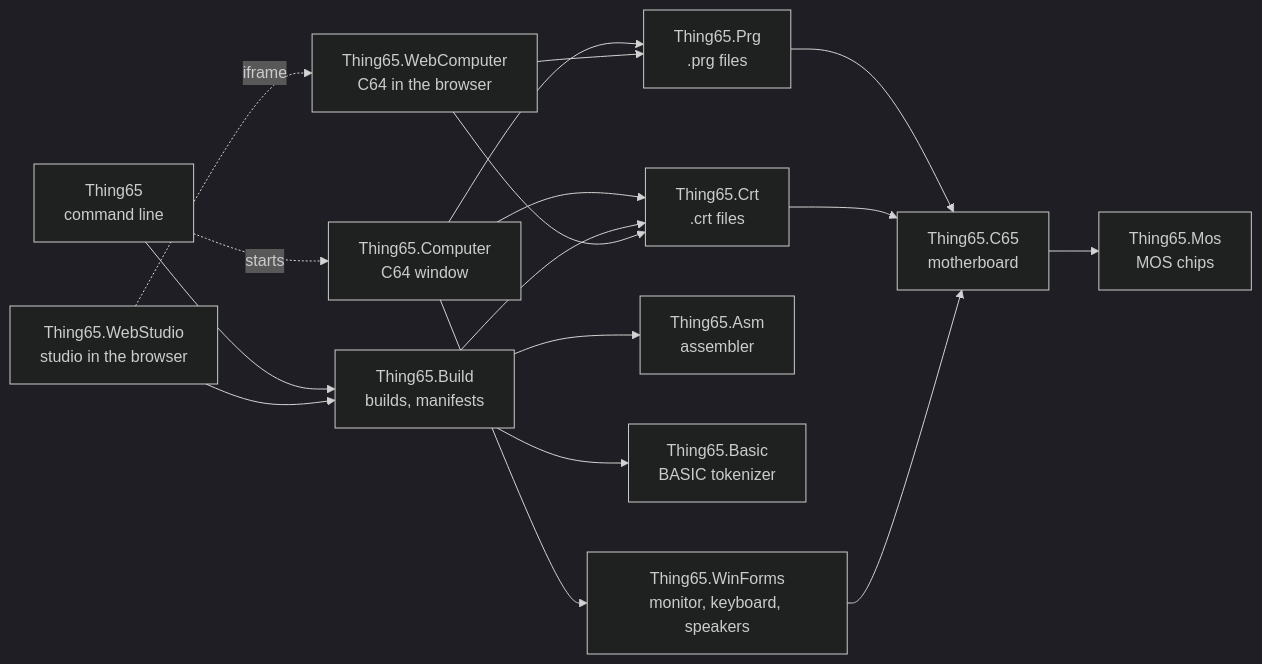
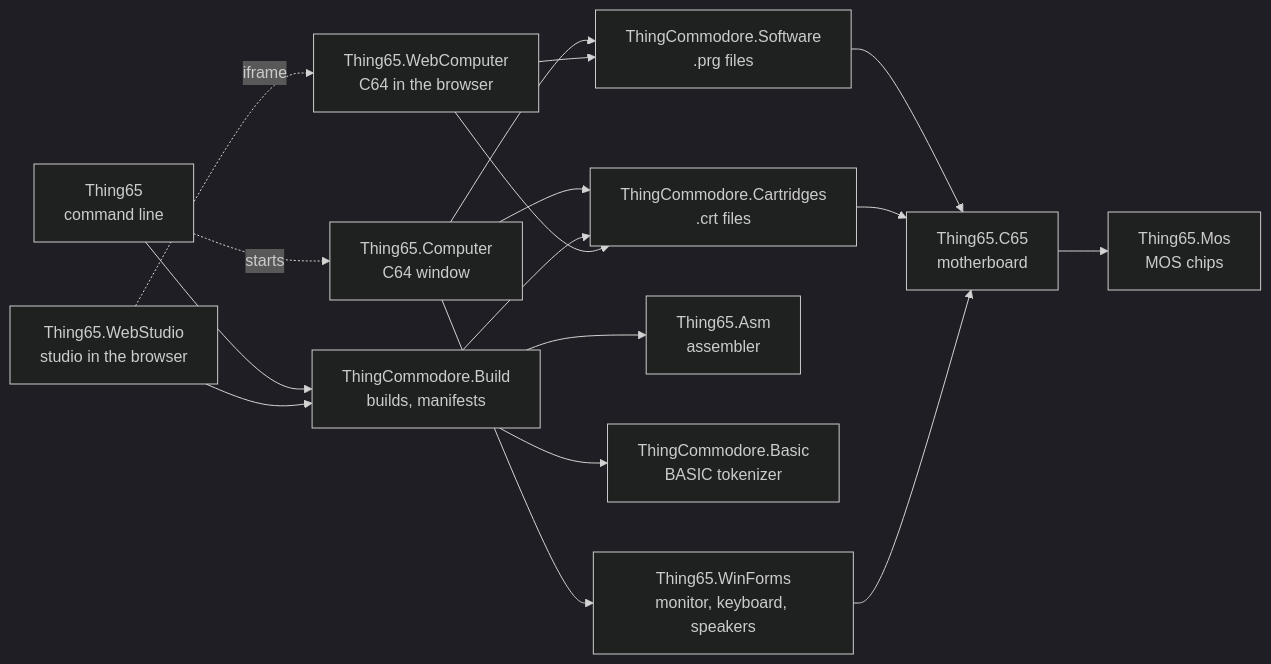
The first of 2 diagrams in docs/ARCHITECTURE.md (marcoparenzan/ThingRetro), drawn with Mermaid (dark theme) before and after one commit. The commit also changed other lines of this file and 148 other files, not shown here.

Commit message:
Chips, assembler, screen, sound, joysticks, cartridges, loaders and tools come from ThingMOS, ThingRetroEmu and ThingCommodore

````diff
--- a/docs/ARCHITECTURE.md
+++ b/docs/ARCHITECTURE.md
@@ -9,31 +9,31 @@
 ```mermaid
 flowchart LR
     Mos[Thing65.Mos<br/>MOS chips]
     C64[Thing65.C65<br/>motherboard]
-    Prg[Thing65.Prg<br/>.prg files]
-    Crt[Thing65.Crt<br/>.crt files]
+    Prg[ThingCommodore.Software<br/>.prg files]
+    Crt[ThingCommodore.Cartridges<br/>.crt files]
     Asm[Thing65.Asm<br/>assembler]
-    Basic[Thing65.Basic<br/>BASIC tokenizer]
+    Basic[ThingCommodore.Basic<br/>BASIC tokenizer]
     WinForms[Thing65.WinForms<br/>monitor, keyboard, speakers]
     Computer[Thing65.Computer<br/>C64 window]
     Cli[Thing65<br/>command line]
     C64 --> Mos
     Prg --> C64
     Crt --> C64
     WinForms --> C64
     Computer --> Prg
     Computer --> Crt
     Computer --> WinForms
-    Build[Thing65.Build<br/>builds, manifests]
+    Build[ThingCommodore.Build<br/>builds, manifests]
     Build --> Asm
     Build --> Basic
     Build --> Crt
     Cli --> Build
     Cli -. starts .-> Computer
     Web[Thing65.WebComputer<br/>C64 in the browser]
     Web --> Prg
     Web --> Crt
     WebStudio[Thing65.WebStudio<br/>studio in the browser]
     WebStudio --> Build
     WebStudio -. iframe .-> Web
 ```
````
